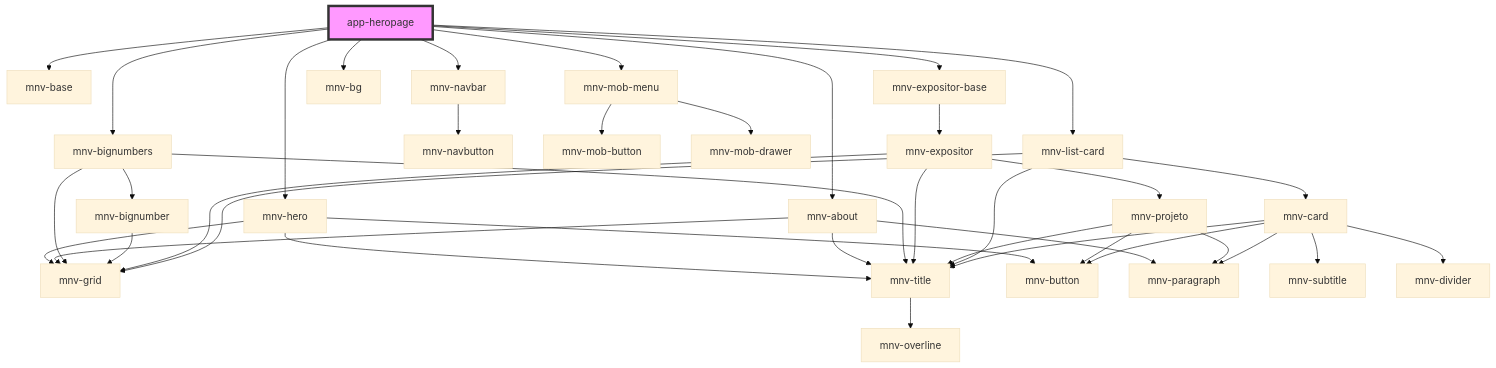
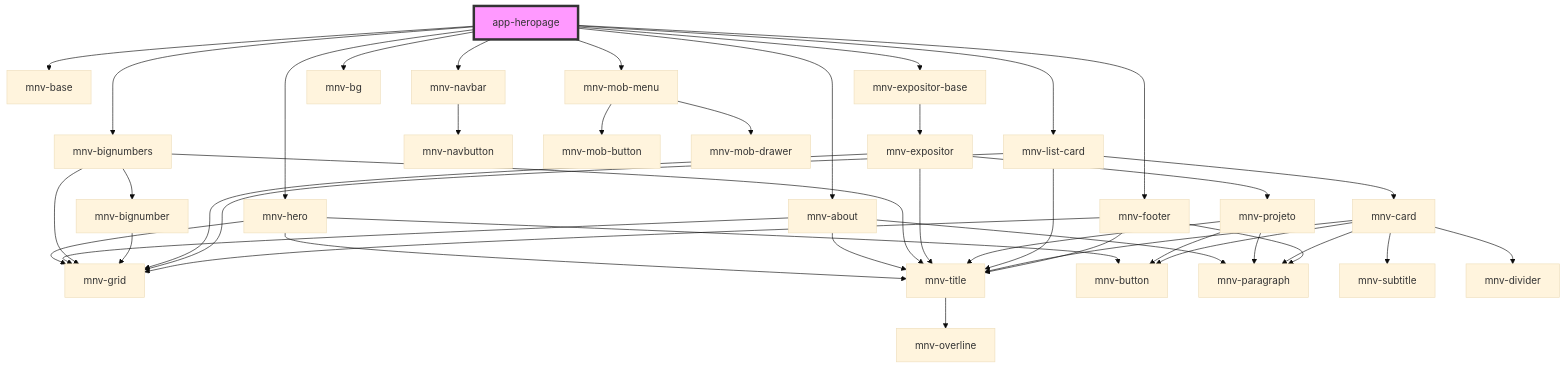
One commit to rafaela-vairo/ufrj-sustainable changed the diagram in src/components/app-pages/app-heropage/readme.md. Above: the diagram before and after it, drawn with Mermaid (base theme). The commit also changed other lines of this file and 2 other files, not shown here.

Commit message:
Closing commit of first phase

````diff
--- a/src/components/app-pages/app-heropage/readme.md
+++ b/src/components/app-pages/app-heropage/readme.md
@@ -30,42 +31,46 @@
 ```mermaid
 graph TD;
   app-heropage --> mnv-base
   app-heropage --> mnv-navbar
   app-heropage --> mnv-mob-menu
   app-heropage --> mnv-hero
   app-heropage --> mnv-bg
   app-heropage --> mnv-about
   app-heropage --> mnv-bignumbers
   app-heropage --> mnv-expositor-base
   app-heropage --> mnv-list-card
+  app-heropage --> mnv-footer
   mnv-navbar --> mnv-navbutton
   mnv-mob-menu --> mnv-mob-button
   mnv-mob-menu --> mnv-mob-drawer
   mnv-hero --> mnv-grid
   mnv-hero --> mnv-title
   mnv-hero --> mnv-button
   mnv-title --> mnv-overline
   mnv-about --> mnv-grid
   mnv-about --> mnv-title
   mnv-about --> mnv-paragraph
   mnv-bignumbers --> mnv-grid
   mnv-bignumbers --> mnv-title
   mnv-bignumbers --> mnv-bignumber
   mnv-bignumber --> mnv-grid
   mnv-expositor-base --> mnv-expositor
   mnv-expositor --> mnv-grid
   mnv-expositor --> mnv-title
   mnv-expositor --> mnv-projeto
   mnv-projeto --> mnv-title
   mnv-projeto --> mnv-paragraph
   mnv-projeto --> mnv-button
   mnv-list-card --> mnv-grid
   mnv-list-card --> mnv-title
   mnv-list-card --> mnv-card
   mnv-card --> mnv-title
   mnv-card --> mnv-subtitle
   mnv-card --> mnv-divider
   mnv-card --> mnv-paragraph
   mnv-card --> mnv-button
+  mnv-footer --> mnv-grid
+  mnv-footer --> mnv-title
+  mnv-footer --> mnv-paragraph
   style app-heropage fill:#f9f,stroke:#333,stroke-width:4px
 ```
````
